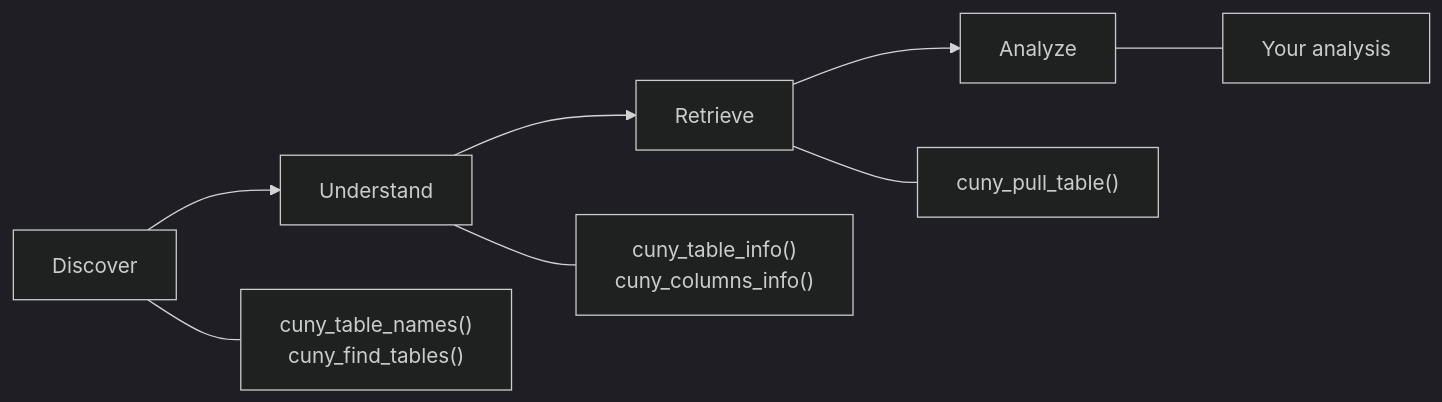
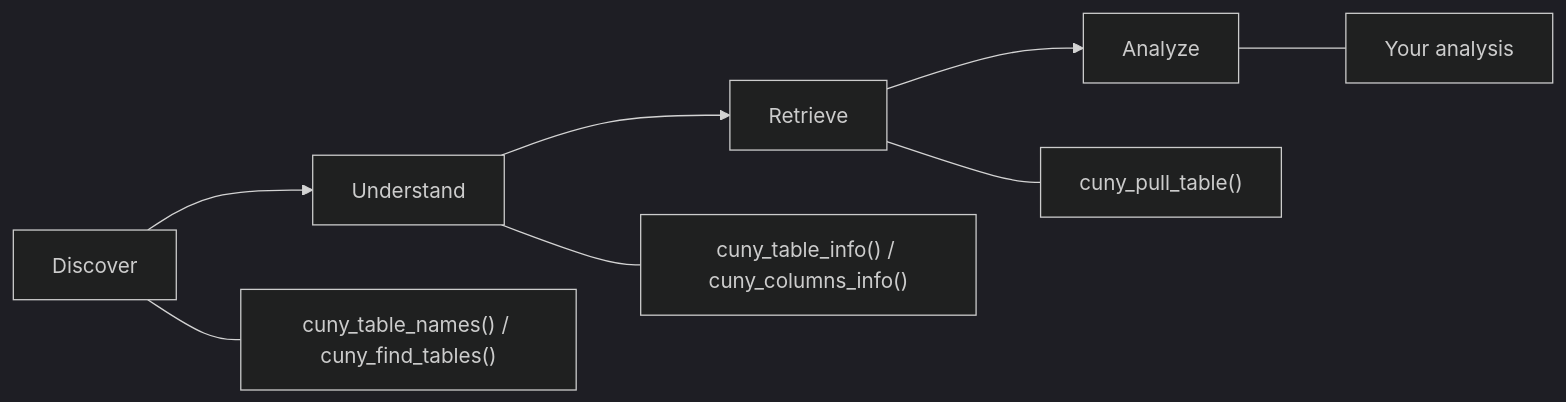
The diagram in README.md (cran/CUNYsports), drawn with Mermaid (dark theme) before and after one commit. The commit also changed other lines of this file and 6 other files, not shown here.

````diff
--- a/README.md
+++ b/README.md
@@ -195,9 +247,8 @@
-``` mermaid
+```mermaid
 flowchart LR
     A["Discover"] --> B["Understand"] --> C["Retrieve"] --> D["Analyze"]
-
-    A --- A1["cuny_table_names()<br/>cuny_find_tables()"]
-    B --- B1["cuny_table_info()<br/>cuny_columns_info()"]
+    A --- A1["cuny_table_names() / cuny_find_tables()"]
+    B --- B1["cuny_table_info() / cuny_columns_info()"]
     C --- C1["cuny_pull_table()"]
     D --- D1["Your analysis"]
 ```
````
